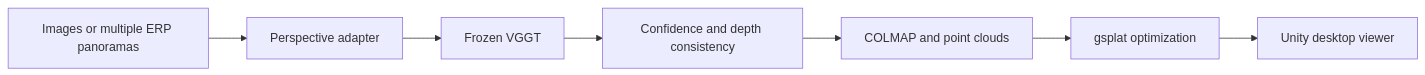
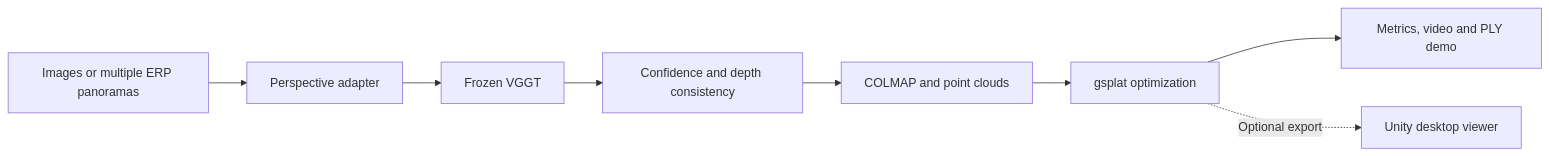
Before and after one commit to BoPythonAI/VGGT-XR: the diagram in README.md, drawn with Mermaid. The commit also changed other lines of this file and 5 other files, not shown here.

Commit message:
Make Unity validation optional

````diff
--- a/README.md
+++ b/README.md
@@ -23,9 +23,10 @@
 ```mermaid
 flowchart LR
     A[Images or multiple ERP panoramas] --> B[Perspective adapter]
     B --> C[Frozen VGGT]
     C --> D[Confidence and depth consistency]
     D --> E[COLMAP and point clouds]
     E --> F[gsplat optimization]
-    F --> G[Unity desktop viewer]
+    F --> G[Metrics, video and PLY demo]
+    F -. Optional export .-> H[Unity desktop viewer]
 ```
````
